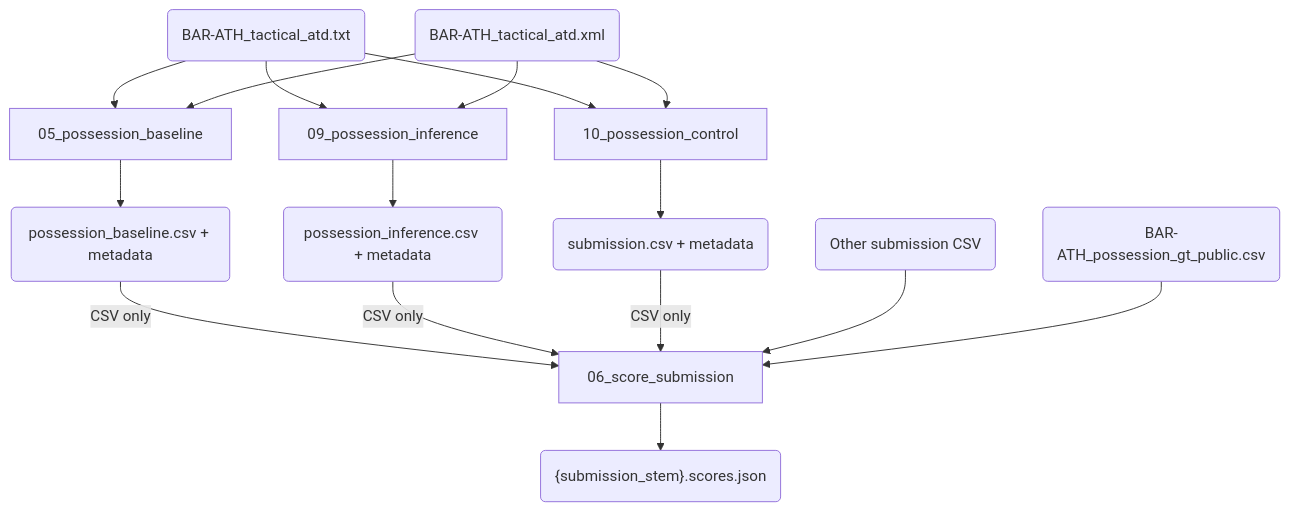
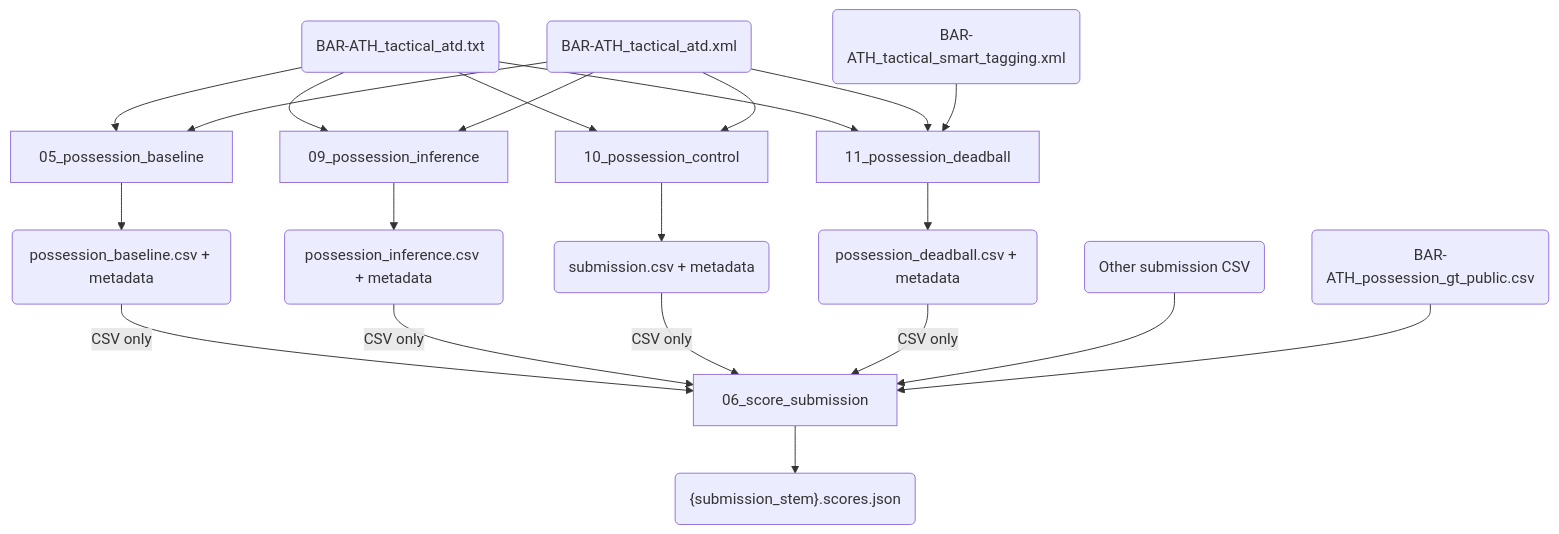
The second of 2 diagrams in README.md (stanleyyoga123/solution-more-than-a-hack-2027), drawn with Mermaid before and after one commit. The commit also changed other lines of this file and 23 other files, not shown here.

````diff
--- a/README.md
+++ b/README.md
@@ -118,29 +119,35 @@
 ```mermaid
 flowchart TD
     atd("BAR-ATH_tactical_atd.txt")
     xml("BAR-ATH_tactical_atd.xml")
+    tags("BAR-ATH_tactical_smart_tagging.xml")
     truth("BAR-ATH_possession_gt_public.csv")
     other("Other submission CSV")
 
     p05["05_possession_baseline"]
     p09["09_possession_inference"]
     p10["10_possession_control"]
+    p11["11_possession_deadball"]
     p06["06_score_submission"]
 
     baseline("possession_baseline.csv + metadata")
     inference("possession_inference.csv + metadata")
     control("submission.csv + metadata")
+    deadball("possession_deadball.csv + metadata")
     scores("{submission_stem}.scores.json")
 
-    atd --> p05 & p09 & p10
-    xml --> p05 & p09 & p10
+    atd --> p05 & p09 & p10 & p11
+    xml --> p05 & p09 & p10 & p11
+    tags --> p11
     p05 --> baseline
     p09 --> inference
     p10 --> control
+    p11 --> deadball
     baseline -->|"CSV only"| p06
     inference -->|"CSV only"| p06
     control -->|"CSV only"| p06
+    deadball -->|"CSV only"| p06
     other --> p06
     truth --> p06
     p06 --> scores
 ```
````
